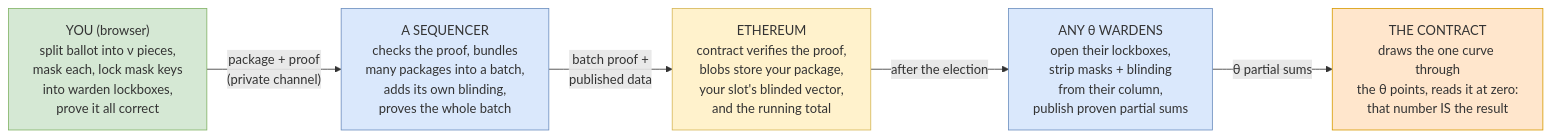
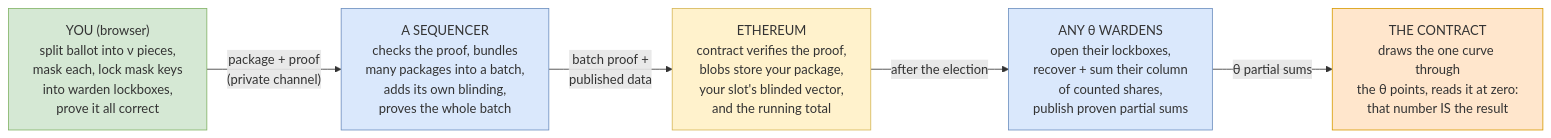
The diagram in v3-pq/figures/src/vote-journey.mmd (vocdoni/davinci-paper), drawn with Mermaid before and after one commit. The commit also changed 6 other files, not shown here.

```diff
--- a/v3-pq/figures/src/vote-journey.mmd
+++ b/v3-pq/figures/src/vote-journey.mmd
@@ -1,10 +1,10 @@
 flowchart LR
   classDef you fill:#d5e8d4,stroke:#82b366;
   classDef mid fill:#dae8fc,stroke:#6c8ebf;
   classDef chain fill:#fff2cc,stroke:#d6b656;
   classDef end_ fill:#ffe6cc,stroke:#d79b00;
   Y["YOU (browser)<br/>split ballot into ν pieces,<br/>mask each, lock mask keys<br/>into warden lockboxes,<br/>prove it all correct"]:::you
   Y -->|"package + proof<br/>(private channel)"| S["A SEQUENCER<br/>checks the proof, bundles<br/>many packages into a batch,<br/>adds its own blinding,<br/>proves the whole batch"]:::mid
   S -->|"batch proof +<br/>published data"| E["ETHEREUM<br/>contract verifies the proof,<br/>blobs store your package,<br/>your slot's blinded vector,<br/>and the running total"]:::chain
-  E -->|"after the election"| W["ANY θ WARDENS<br/>open their lockboxes,<br/>strip masks + blinding<br/>from their column,<br/>publish proven partial sums"]:::mid
+  E -->|"after the election"| W["ANY θ WARDENS<br/>open their lockboxes,<br/>recover + sum their column<br/>of counted shares,<br/>publish proven partial sums"]:::mid
   W -->|"θ partial sums"| R["THE CONTRACT<br/>draws the one curve through<br/>the θ points, reads it at zero:<br/>that number IS the result"]:::end_
```
